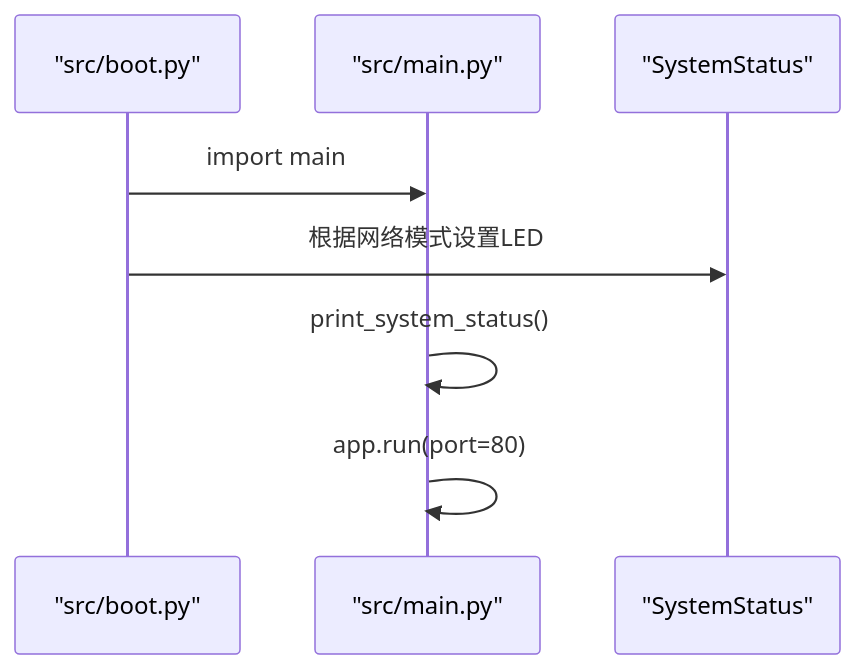
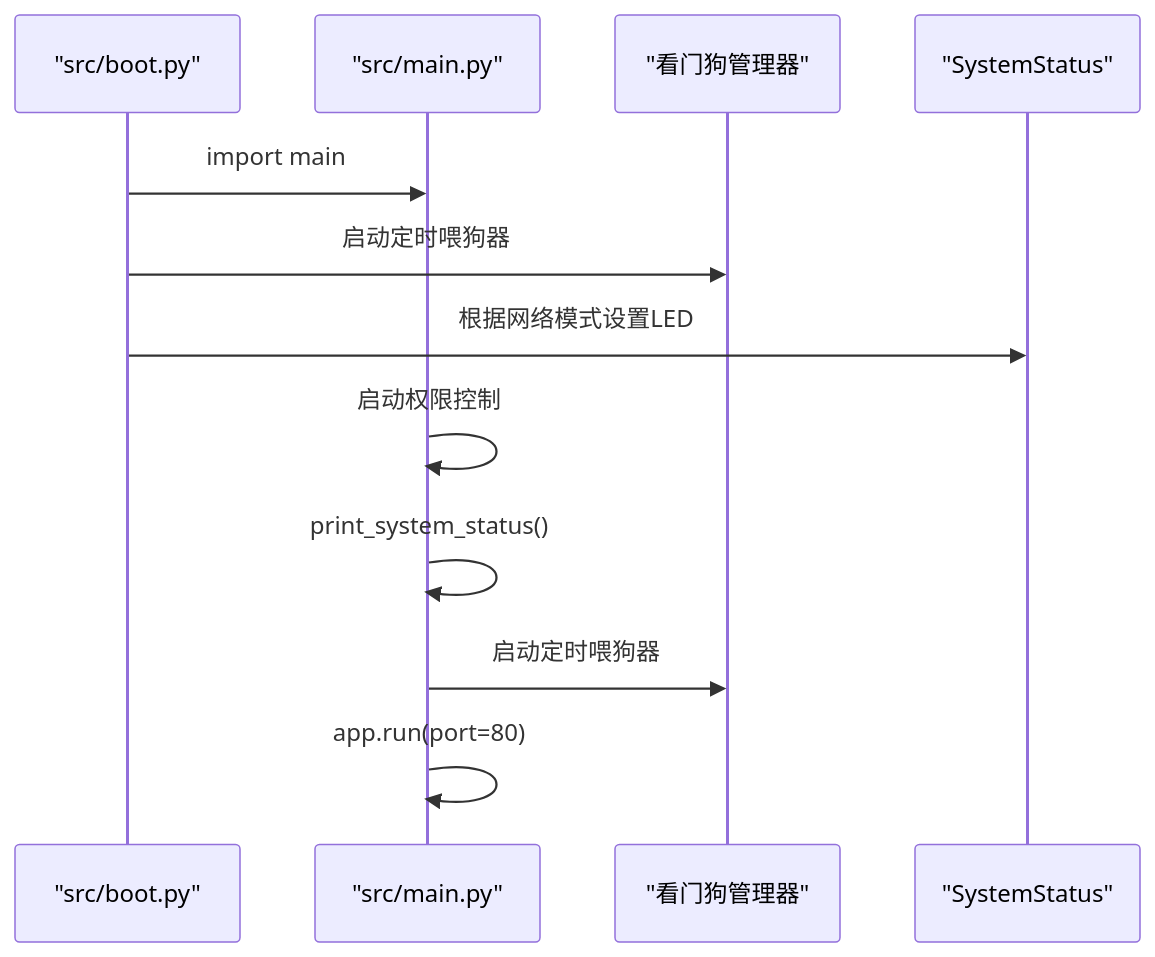
One commit to qq20739111/weilushishe-lishitai changed the seventh of 11 diagrams in .qoder/repowiki/zh/content/系统架构/引导系统.md. Above: the diagram before and after it, drawn with Mermaid. The commit also changed other lines of this file and 23 other files, not shown here.

````diff
--- a/.qoder/repowiki/zh/content/系统架构/引导系统.md
+++ b/.qoder/repowiki/zh/content/系统架构/引导系统.md
@@ -236,10 +299,14 @@
 ```mermaid
 sequenceDiagram
 participant Boot as "src/boot.py"
 participant Main as "src/main.py"
+participant WD as "看门狗管理器"
 participant LED as "SystemStatus"
 Boot->>Main : import main
+Boot->>WD : 启动定时喂狗器
 Boot->>LED : 根据网络模式设置LED
+Main->>Main : 启动权限控制
 Main->>Main : print_system_status()
+Main->>WD : 启动定时喂狗器
 Main->>Main : app.run(port=80)
 ```
````
